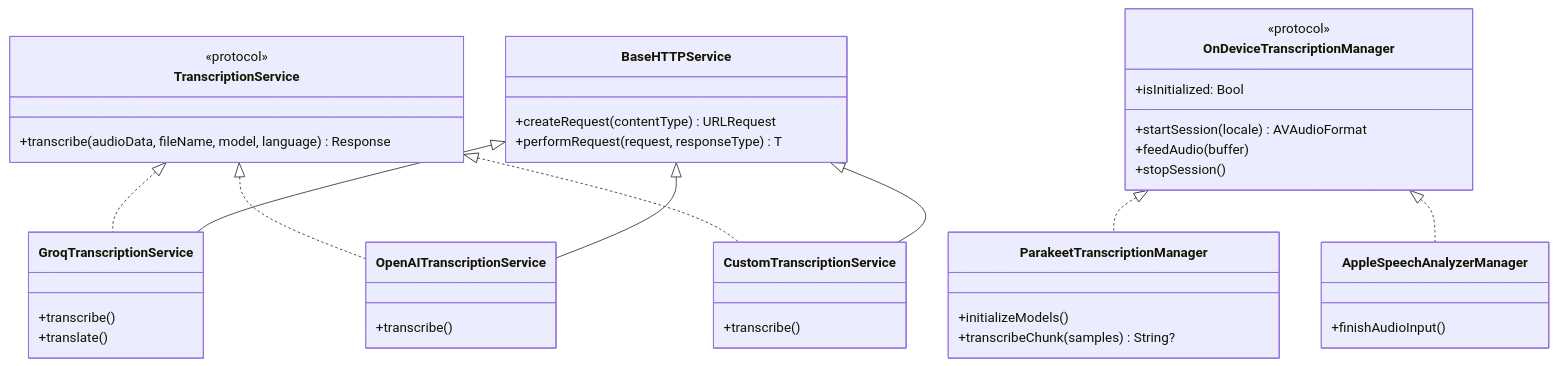
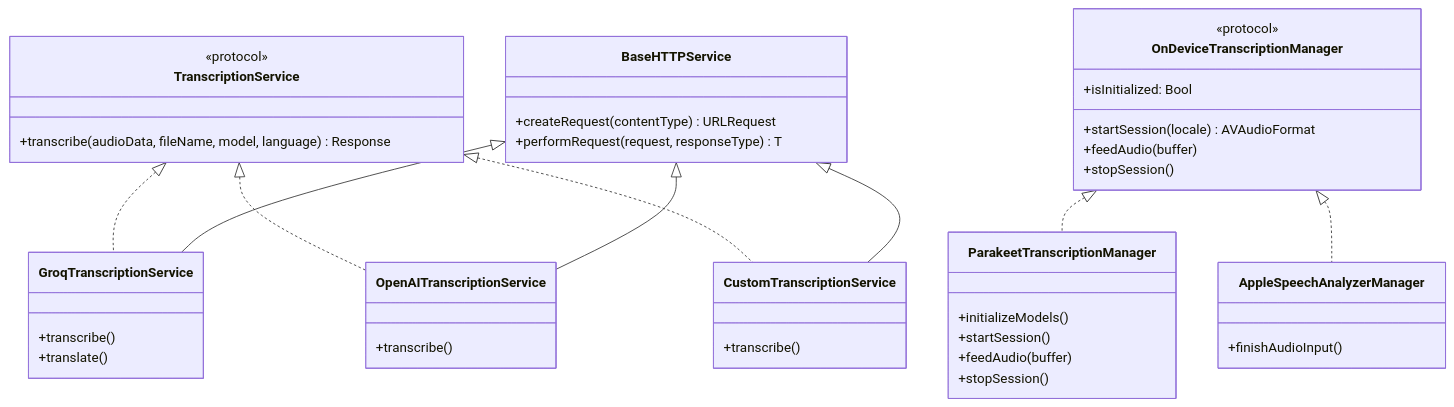
Before and after one commit to nasedkinpv/omri: the second of 5 diagrams in ARCHITECTURE.md, drawn with Mermaid. The commit also changed other lines of this file and 21 other files, not shown here.

````diff
--- a/ARCHITECTURE.md
+++ b/ARCHITECTURE.md
@@ -39,51 +38,53 @@
 ```mermaid
 classDiagram
     class TranscriptionService {
         <<protocol>>
         +transcribe(audioData, fileName, model, language) Response
     }
 
     class BaseHTTPService {
         +createRequest(contentType) URLRequest
         +performRequest(request, responseType) T
     }
 
     class GroqTranscriptionService {
         +transcribe()
         +translate()
     }
 
     class OpenAITranscriptionService {
         +transcribe()
     }
 
     class CustomTranscriptionService {
         +transcribe()
     }
 
     class OnDeviceTranscriptionManager {
         <<protocol>>
         +startSession(locale) AVAudioFormat
         +feedAudio(buffer)
         +stopSession()
         +isInitialized: Bool
     }
 
     class ParakeetTranscriptionManager {
         +initializeModels()
-        +transcribeChunk(samples) String?
+        +startSession()
+        +feedAudio(buffer)
+        +stopSession()
     }
 
     class AppleSpeechAnalyzerManager {
         +finishAudioInput()
     }
 
     TranscriptionService <|.. GroqTranscriptionService
     TranscriptionService <|.. OpenAITranscriptionService
     TranscriptionService <|.. CustomTranscriptionService
     BaseHTTPService <|-- GroqTranscriptionService
     BaseHTTPService <|-- OpenAITranscriptionService
     BaseHTTPService <|-- CustomTranscriptionService
     OnDeviceTranscriptionManager <|.. ParakeetTranscriptionManager
     OnDeviceTranscriptionManager <|.. AppleSpeechAnalyzerManager
 ```
````
